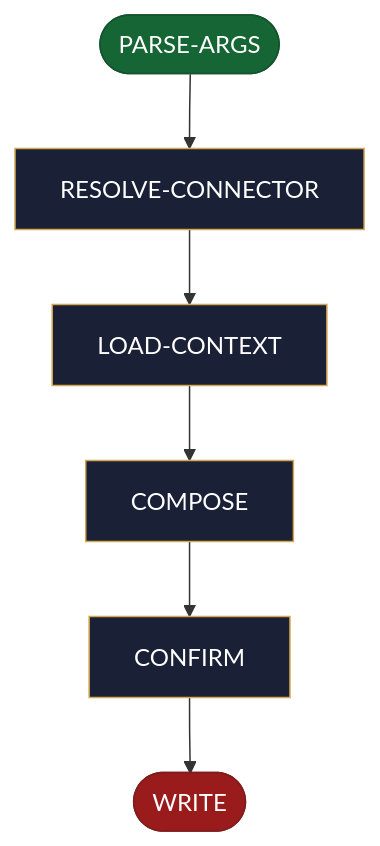
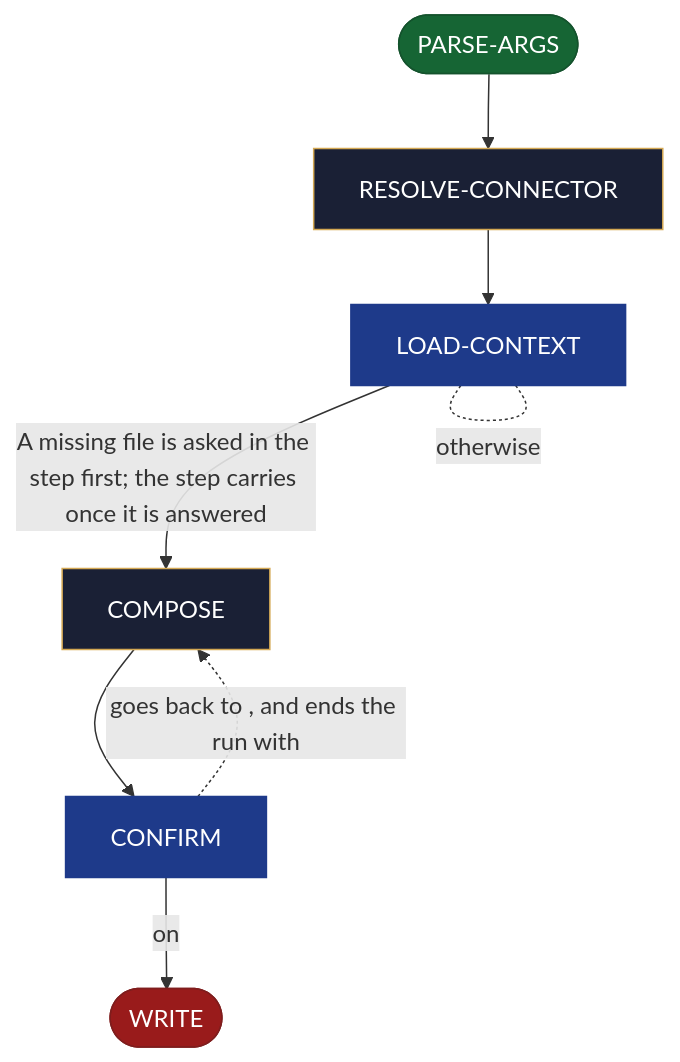
The diagram in site/src/content/docs/skills/aid-update-ticket.md (AndreVianna/aid-methodology), drawn with Mermaid before and after one commit. The commit also changed other lines of this file and 195 other files, not shown here.

First line of the commit message:
delivery-002 review fix (cycle 1): sub-step pointers are notes, not advance lines; orchestrate under its line cap, question rule cited not restated; residual flow rungs read advance words; site regenerated; ledger rows marked Fixed (D3-11 left open)

````diff
--- a/site/src/content/docs/skills/aid-update-ticket.md
+++ b/site/src/content/docs/skills/aid-update-ticket.md
@@ -22,32 +22,34 @@
 ```mermaid
 flowchart TB
   classDef aidNode color:#fff
   classDef aidEntry fill:#166534,stroke:#14532d,color:#fff
   classDef aidExit fill:#991b1b,stroke:#7f1d1d,color:#fff
   classDef aidDecision fill:#92400e,stroke:#78350f,color:#fff
   classDef aidLoopBack fill:#1e3a8a,stroke:#1e3a8a,color:#fff
   classDef aidStep fill:#1a2035,stroke:#d4a853,color:#f1f5f9
   n1(["PARSE-ARGS"])
   n2["RESOLVE-CONNECTOR"]
   n3["LOAD-CONTEXT"]
   n4["COMPOSE"]
   n5["CONFIRM"]
   n6(["WRITE"])
   n1 --> n2
   n2 --> n3
-  n3 --> n4
+  n3 -. "otherwise" .- n3
+  n3 -->|"A missing file is asked in the step first; the step carries once it is answered"| n4
   n4 --> n5
-  n5 --> n6
+  n5 -. "goes back to , and ends the run with" .-> n4
+  n5 -->|"on"| n6
   class n1 aidEntry
   class n2 aidStep
-  class n3 aidStep
+  class n3 aidLoopBack
   class n4 aidStep
-  class n5 aidStep
+  class n5 aidLoopBack
   class n6 aidExit
   class n1 aidNode
   class n2 aidNode
   class n3 aidNode
   class n4 aidNode
   class n5 aidNode
   class n6 aidNode
 ```
````
